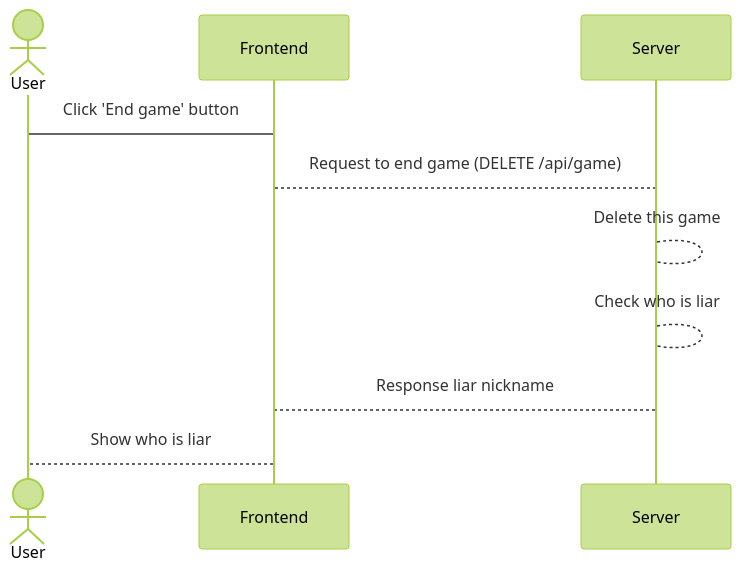
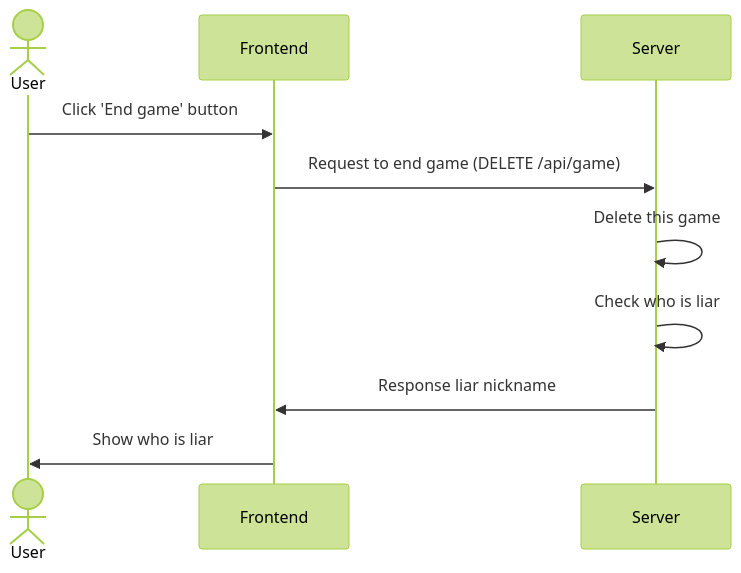
Before and after one commit to youngcha-lab/liar-game: the diagram in liar-game-app/docs/user_end_game.md, drawn with Mermaid (forest theme). The commit also changed 5 other files, not shown here.

````diff
--- a/liar-game-app/docs/user_end_game.md
+++ b/liar-game-app/docs/user_end_game.md
@@ -1,13 +1,13 @@
 ```mermaid
 sequenceDiagram
 actor user as User
 participant fe as Frontend
 participant server as Server
 
-user -> fe: Click 'End game' button
-fe --> server: Request to end game (DELETE /api/game)
-server --> server: Delete this game
-server --> server: Check who is liar
-server --> fe: Response liar nickname
-fe --> user: Show who is liar
+user ->> fe: Click 'End game' button
+fe ->> server: Request to end game (DELETE /api/game)
+server ->> server: Delete this game
+server ->> server: Check who is liar
+server ->> fe: Response liar nickname
+fe ->> user: Show who is liar
 ```
````
